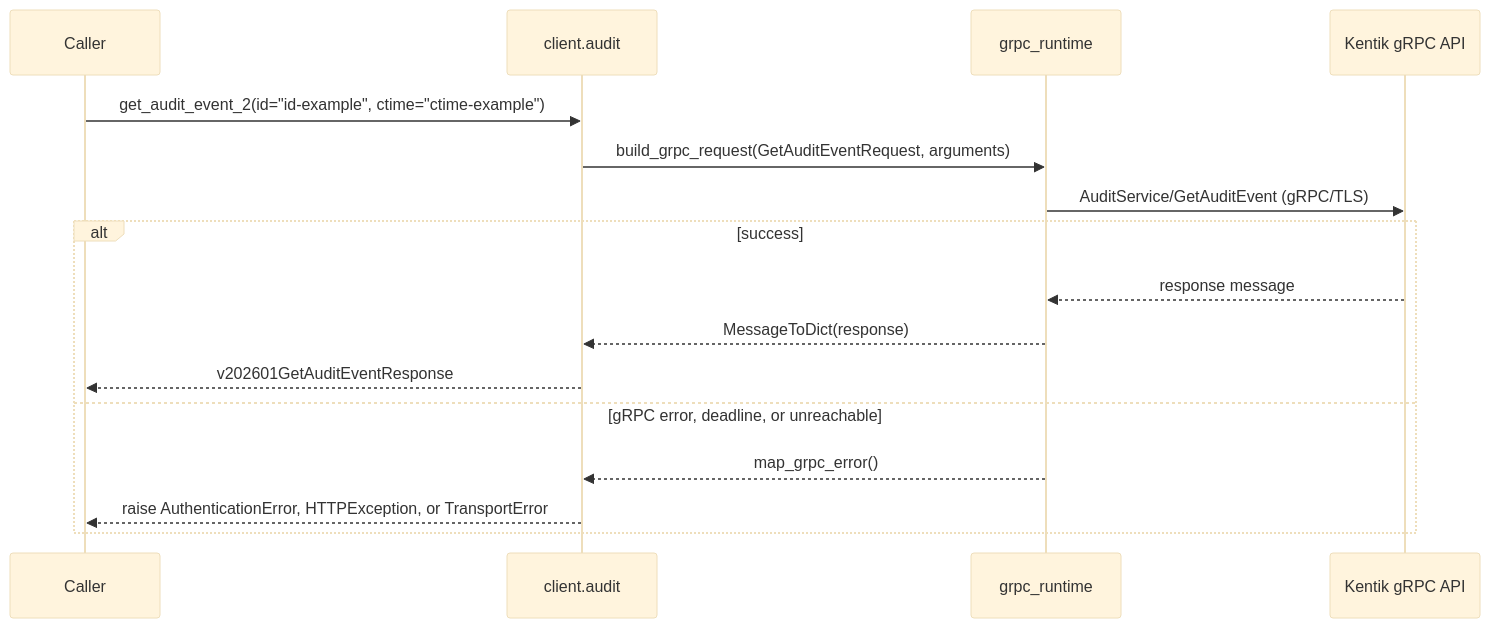
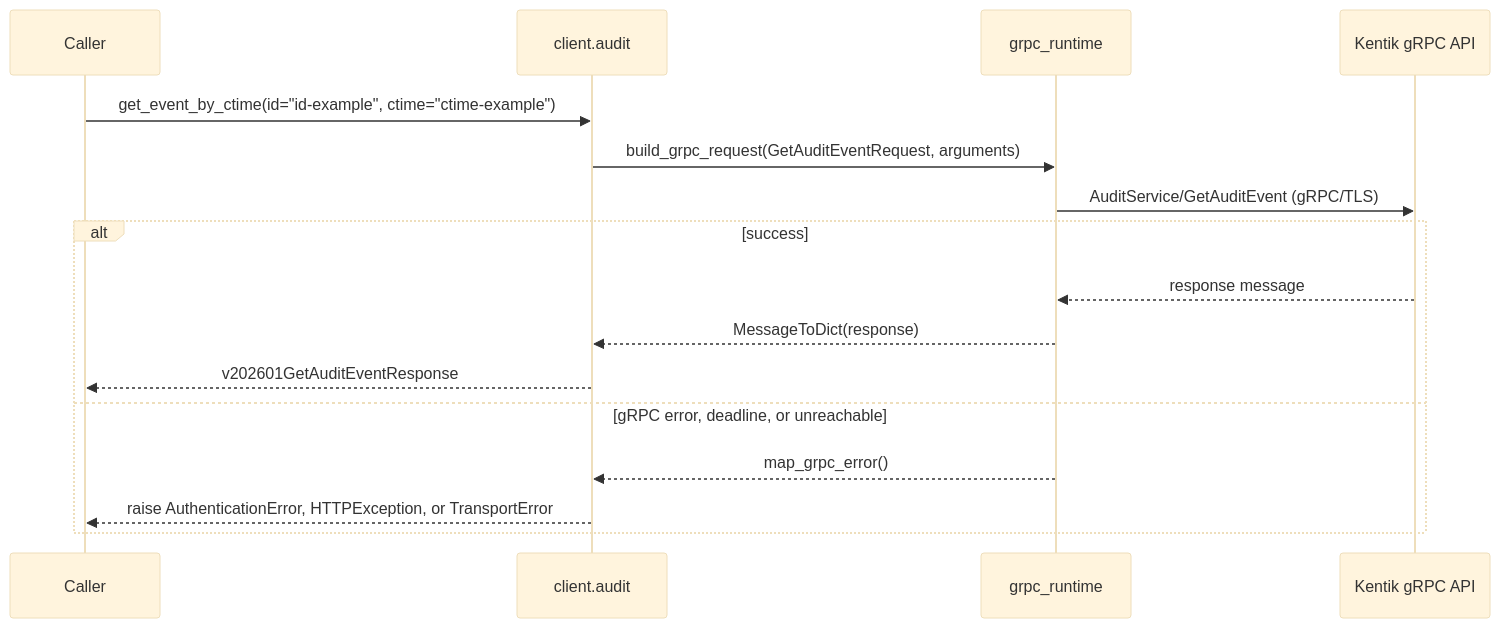
One commit to alexdearaujo/community_sdk_python changed the seventh of 8 diagrams in docs/sphinx/services/audit.md. Above: the diagram before and after it, drawn with Mermaid (base theme). The commit also changed other lines of this file and 28 other files, not shown here.

````diff
--- a/docs/sphinx/services/audit.md
+++ b/docs/sphinx/services/audit.md
@@ -213,19 +213,19 @@
 ```mermaid
 sequenceDiagram
     participant C as Caller
     participant W as client.audit
     participant R as grpc_runtime
     participant API as Kentik gRPC API
 
-    C->>W: get_audit_event_2(id="id-example", ctime="ctime-example")
+    C->>W: get_event_by_ctime(id="id-example", ctime="ctime-example")
     W->>R: build_grpc_request(GetAuditEventRequest, arguments)
     R->>API: AuditService/GetAuditEvent (gRPC/TLS)
     alt success
         API-->>R: response message
         R-->>W: MessageToDict(response)
         W-->>C: v202601GetAuditEventResponse
     else gRPC error, deadline, or unreachable
         R-->>W: map_grpc_error()
         W-->>C: raise AuthenticationError, HTTPException, or TransportError
     end
 ```
````
